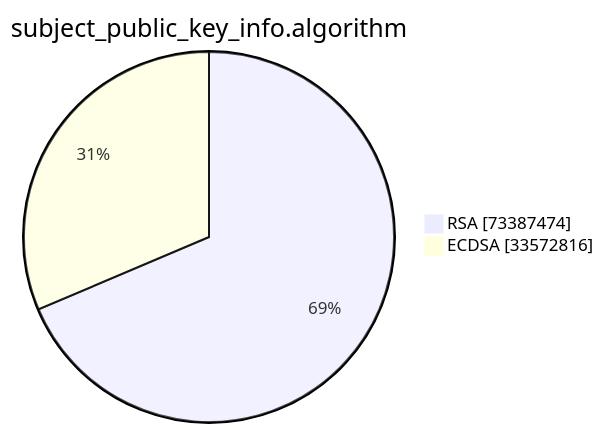
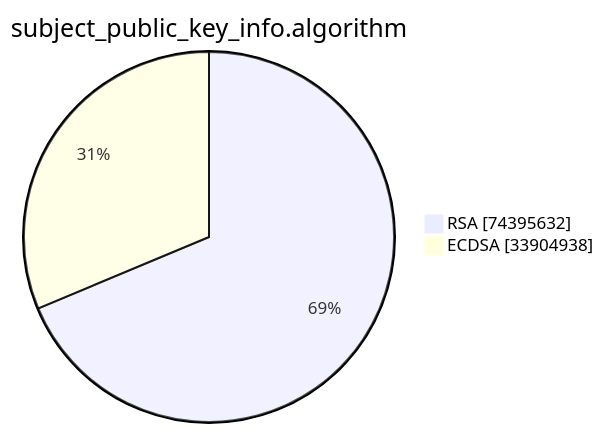
One commit to christiankrug/ctmonitor_visualization changed the second of 15 diagrams in xenon2023/README.md. Above: the diagram before and after it, drawn with Mermaid. The commit also changed other lines of this file, not shown here.

````diff
--- a/xenon2023/README.md
+++ b/xenon2023/README.md
@@ -6,6 +6,6 @@
 ```mermaid
 pie showData
 title subject_public_key_info.algorithm
-"RSA" :73387474
-"ECDSA" :33572816
+"RSA" :74395632
+"ECDSA" :33904938
 ```
````
